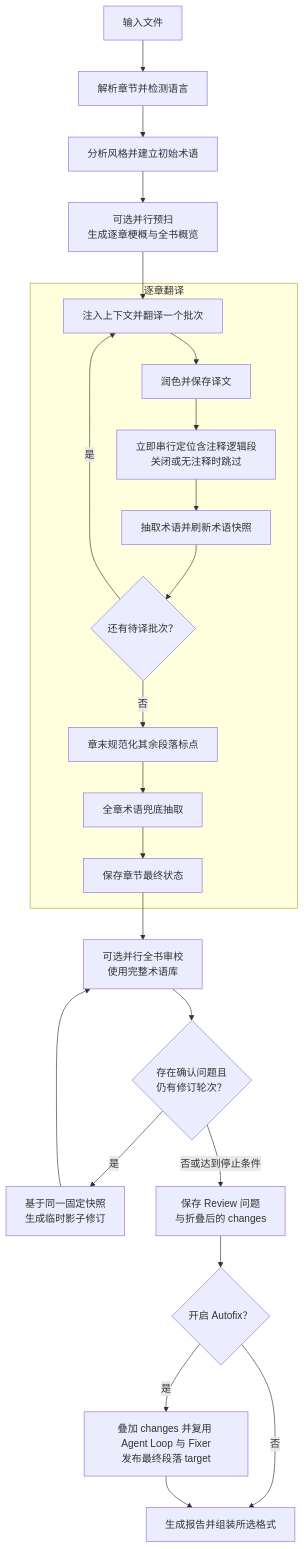
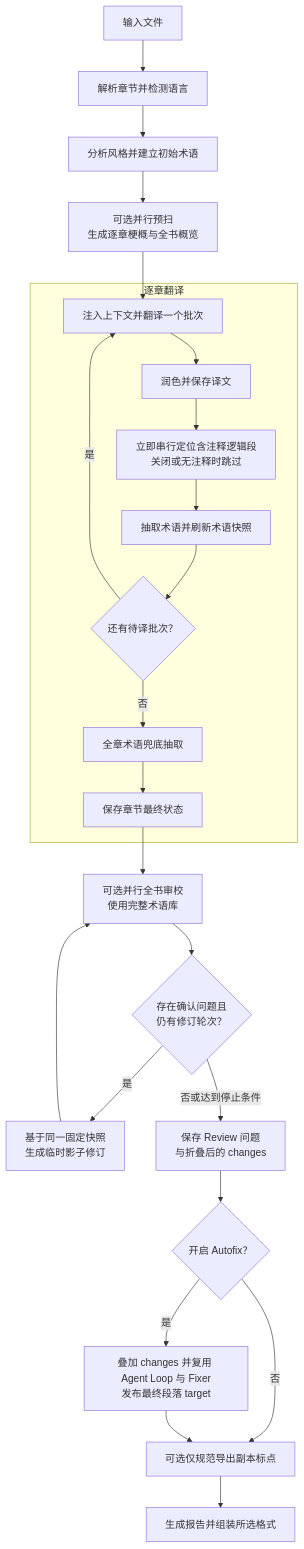
One commit to BigDawnGhost/wenyi changed the diagram in docs/zh/README.md. Above: the diagram before and after it, drawn with Mermaid. The commit also changed 22 other files, not shown here.

````diff
--- a/docs/zh/README.md
+++ b/docs/zh/README.md
@@ -162,29 +162,29 @@
 ```mermaid
 flowchart TD
     A[输入文件] --> B[解析章节并检测语言]
     B --> C[分析风格并建立初始术语]
     C --> D[可选并行预扫<br/>生成逐章梗概与全书概览]
     D --> E
 
     subgraph T[逐章翻译]
         E[注入上下文并翻译一个批次]
         E --> F[润色并保存译文]
         F --> FA[立即串行定位含注释逻辑段<br/>关闭或无注释时跳过]
         FA --> G[抽取术语并刷新术语快照]
         G --> H{还有待译批次？}
         H -- 是 --> E
-        H -- 否 --> I[章末规范化其余段落标点]
-        I --> IB[全章术语兜底抽取]
+        H -- 否 --> IB[全章术语兜底抽取]
         IB --> J[保存章节最终状态]
     end
 
     J --> K[可选并行全书审校<br/>使用完整术语库]
     K --> N{存在确认问题且<br/>仍有修订轮次？}
     N -- 是 --> O[基于同一固定快照<br/>生成临时影子修订]
     O --> K
     N -- 否或达到停止条件 --> P[保存 Review 问题<br/>与折叠后的 changes]
     P --> Q{开启 Autofix？}
     Q -- 是 --> R[叠加 changes 并复用 Agent Loop 与 Fixer<br/>发布最终段落 target]
-    Q -- 否 --> M[生成报告并组装所选格式]
-    R --> M
+    Q -- 否 --> X[可选仅规范导出副本标点]
+    R --> X
+    X --> M[生成报告并组装所选格式]
 ```
````
